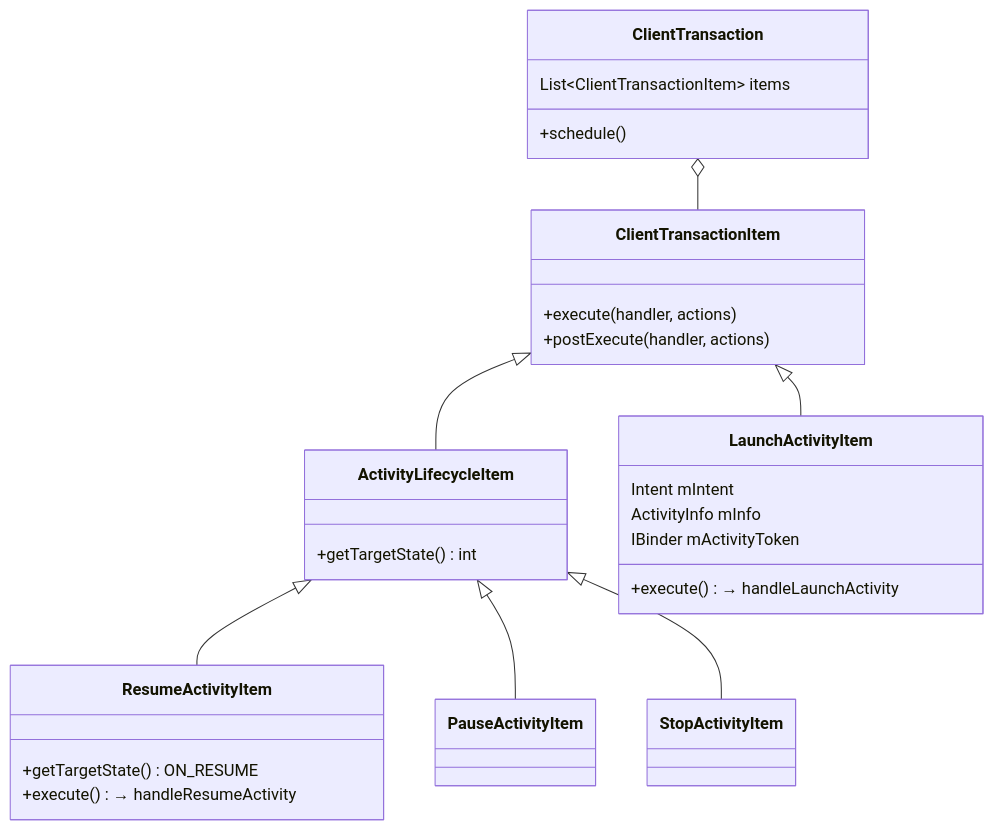
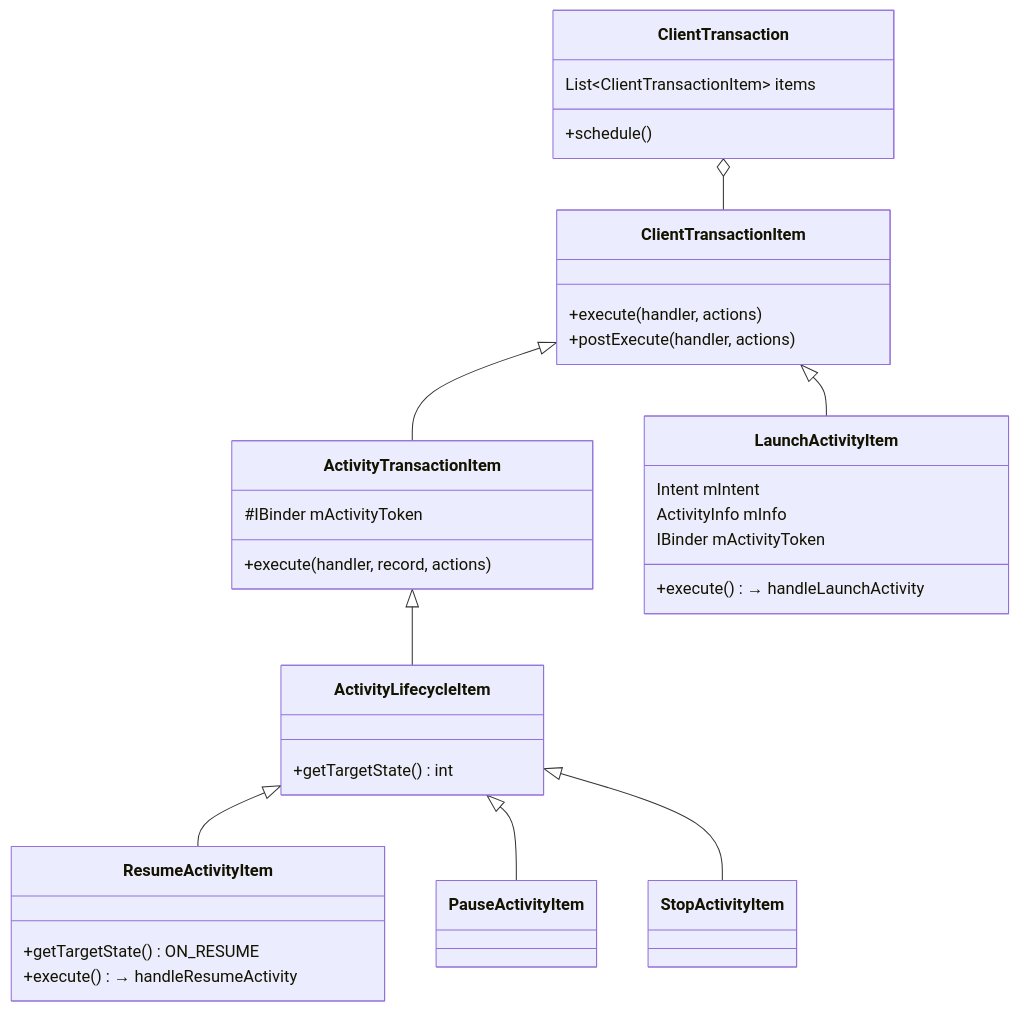
The sixth of 7 diagrams in Android/Android源码分析/AndroidActivity源码分析.md (coswit/coswit.github.io), drawn with Mermaid before and after one commit. The commit also changed other lines of this file and 1 other file, not shown here.

Commit message:
Android Activity 分析

````diff
--- a/Android/Android源码分析/AndroidActivity源码分析.md
+++ b/Android/Android源码分析/AndroidActivity源码分析.md
@@ -1077,35 +1333,41 @@
 ```mermaid
 classDiagram
 class ClientTransaction {
 	+schedule()
 	List~ClientTransactionItem~ items
 }
 
 class ClientTransactionItem {
 	+execute(handler, actions)
 	+postExecute(handler, actions)
 }
 
+class ActivityTransactionItem {
+	#IBinder mActivityToken
+	+execute(handler, record, actions)
+}
+
 class ActivityLifecycleItem {
 	+getTargetState() int
 }
 
 ClientTransactionItem <|-- LaunchActivityItem
-ClientTransactionItem <|-- ActivityLifecycleItem
+ClientTransactionItem <|-- ActivityTransactionItem
+ActivityTransactionItem <|-- ActivityLifecycleItem
 ActivityLifecycleItem <|-- ResumeActivityItem
 ActivityLifecycleItem <|-- PauseActivityItem
 ActivityLifecycleItem <|-- StopActivityItem
 ClientTransaction o-- ClientTransactionItem
 
 class LaunchActivityItem {
 	Intent mIntent
 	ActivityInfo mInfo
 	IBinder mActivityToken
 	+execute() → handleLaunchActivity
 }
 
 class ResumeActivityItem {
 	+getTargetState() ON_RESUME
 	+execute() → handleResumeActivity
 }
 ```
````
